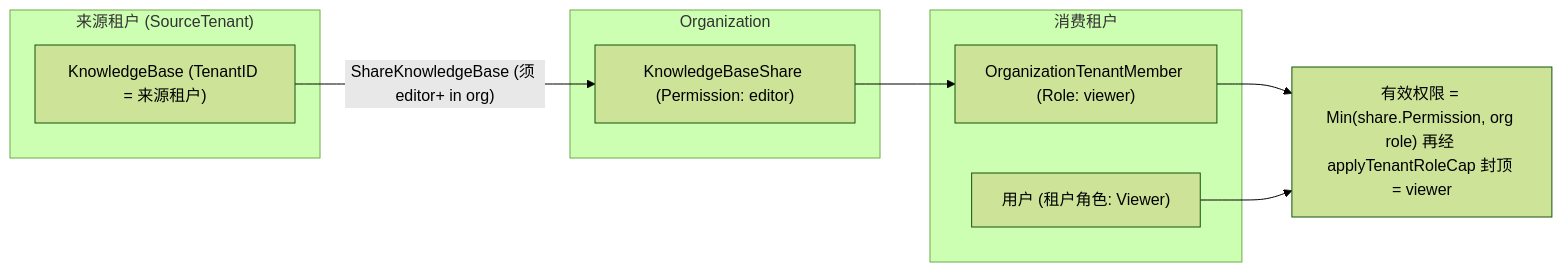
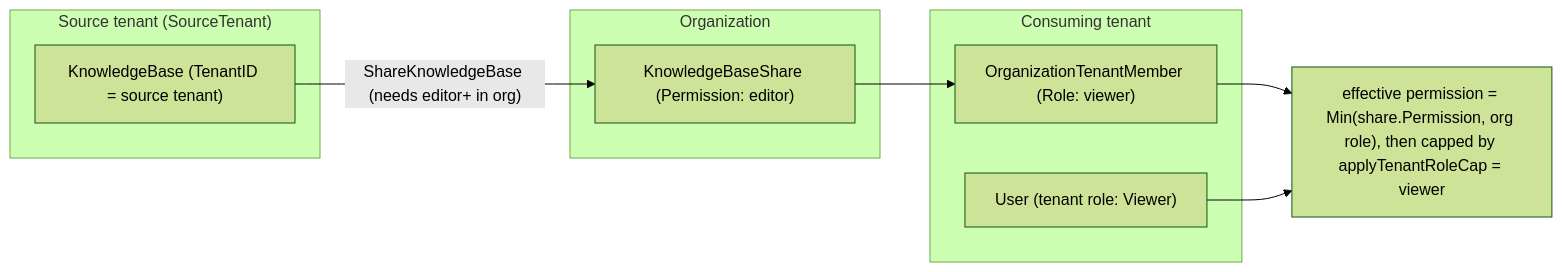
Before and after one commit to jrmatherly/ai-kb: the second of 3 diagrams in website-docs/03-features/01-tenant-auth.md, drawn with Mermaid (forest theme). The commit also changed other lines of this file and 5 other files, not shown here.

````diff
--- a/website-docs/03-features/01-tenant-auth.md
+++ b/website-docs/03-features/01-tenant-auth.md
@@ -246,17 +256,17 @@
 ```mermaid
 flowchart LR
-    subgraph srcT["来源租户 (SourceTenant)"]
-        KB["KnowledgeBase (TenantID = 来源租户)"]
+    subgraph srcT["Source tenant (SourceTenant)"]
+        KB["KnowledgeBase (TenantID = source tenant)"]
     end
     subgraph orgS["Organization"]
         SH["KnowledgeBaseShare (Permission: editor)"]
     end
-    subgraph dstT["消费租户"]
+    subgraph dstT["Consuming tenant"]
         M["OrganizationTenantMember (Role: viewer)"]
-        UV["用户 (租户角色: Viewer)"]
+        UV["User (tenant role: Viewer)"]
     end
-    KB -- "ShareKnowledgeBase (须 editor+ in org)" --> SH
+    KB -- "ShareKnowledgeBase (needs editor+ in org)" --> SH
     SH --> M
-    M --> EP["有效权限 = Min(share.Permission, org role) 再经 applyTenantRoleCap 封顶 = viewer"]
+    M --> EP["effective permission = Min(share.Permission, org role), then capped by applyTenantRoleCap = viewer"]
     UV --> EP
 ```
````
